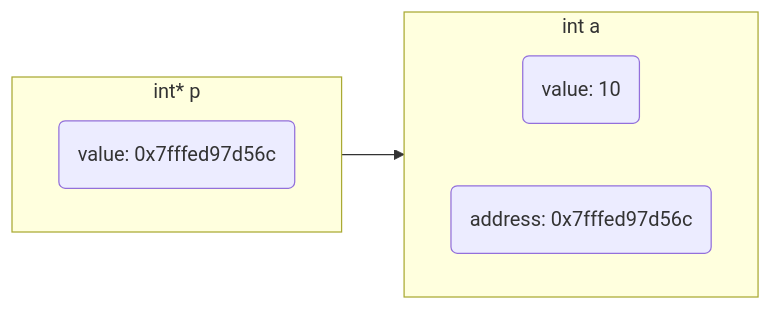
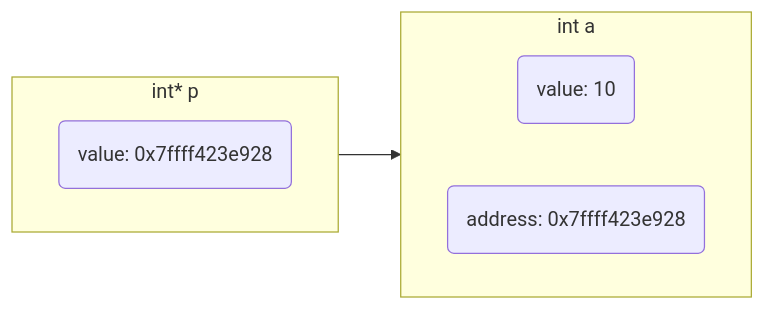
The third of 11 diagrams in _posts/language/c_c++/pointer/2022-01-08-指针.md (dmjcb/dmjcb.github.io), drawn with Mermaid before and after one commit. The commit also changed other lines of this file and 53 other files, not shown here.

````diff
--- a/_posts/language/c_c++/pointer/2022-01-08-指针.md
+++ b/_posts/language/c_c++/pointer/2022-01-08-指针.md
@@ -117,13 +117,13 @@
 ```mermaid
 graph LR;
     subgraph S1[int a]
         direction LR
         V2(value: 10)
-        A2(address: 0x7fffed97d56c)
+        A2(address: 0x7ffff423e928)
     end
     subgraph S2[int* p]
         direction LR
-        V1(value: 0x7fffed97d56c)
+        V1(value: 0x7ffff423e928)
     end
     V1-->A2
 ```
````
